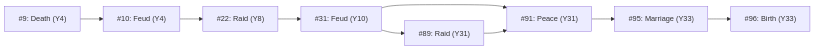
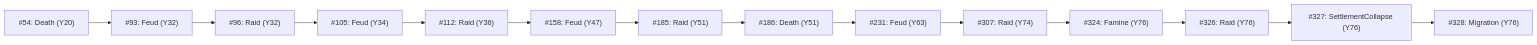
One commit to SOMBUDDHAASH/minemesis changed the diagram in reports/seed_42_story.mmd. Above: the diagram before and after it, drawn with Mermaid. The commit also changed 11 other files, not shown here.

Commit message:
Step 4: Execute Hold-out B (seeds 2000-2049), re-evaluate training batch, and export histories and Mermaid story

```diff
--- a/reports/seed_42_story.mmd
+++ b/reports/seed_42_story.mmd
@@ -1,17 +1,28 @@
 graph LR
-  E9["#9: Death (Y4)"]
-  E10["#10: Feud (Y4)"]
-  E22["#22: Raid (Y8)"]
-  E31["#31: Feud (Y10)"]
-  E89["#89: Raid (Y31)"]
-  E91["#91: Peace (Y31)"]
-  E95["#95: Marriage (Y33)"]
-  E96["#96: Birth (Y33)"]
-  E95 --> E96
-  E91 --> E95
-  E31 --> E91
-  E22 --> E31
-  E10 --> E22
-  E9 --> E10
-  E89 --> E91
-  E31 --> E89
+  E54["#54: Death (Y20)"]
+  E93["#93: Feud (Y32)"]
+  E96["#96: Raid (Y32)"]
+  E105["#105: Feud (Y34)"]
+  E112["#112: Raid (Y36)"]
+  E158["#158: Feud (Y47)"]
+  E185["#185: Raid (Y51)"]
+  E186["#186: Death (Y51)"]
+  E231["#231: Feud (Y63)"]
+  E307["#307: Raid (Y74)"]
+  E324["#324: Famine (Y76)"]
+  E326["#326: Raid (Y76)"]
+  E327["#327: SettlementCollapse (Y76)"]
+  E328["#328: Migration (Y76)"]
+  E327 --> E328
+  E326 --> E327
+  E324 --> E326
+  E307 --> E324
+  E231 --> E307
+  E186 --> E231
+  E185 --> E186
+  E158 --> E185
+  E112 --> E158
+  E105 --> E112
+  E96 --> E105
+  E93 --> E96
+  E54 --> E93
```
